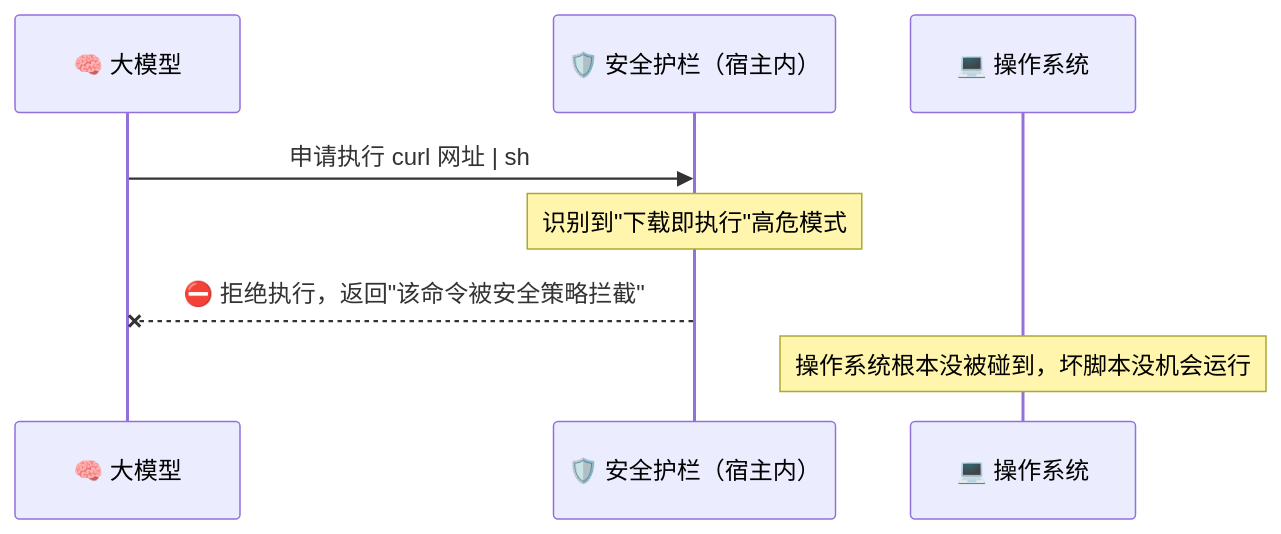
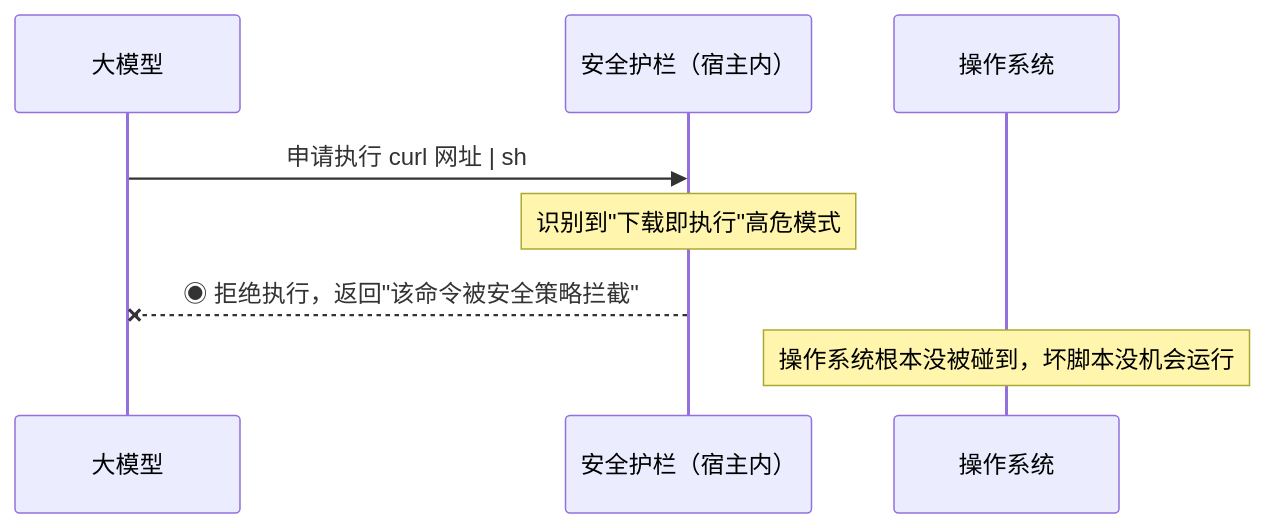
The fourth of 7 diagrams in docs/02_CONCEPTS_概念入门/CONCEPT/[CONCEPT-02] 什么是ToolCalling-工具调用.md (luckykhy/KhyAiHub), drawn with Mermaid before and after one commit. The commit also changed other lines of this file and 19 other files, not shown here.

````diff
--- a/docs/02_CONCEPTS_概念入门/CONCEPT/[CONCEPT-02] 什么是ToolCalling-工具调用.md
+++ b/docs/02_CONCEPTS_概念入门/CONCEPT/[CONCEPT-02] 什么是ToolCalling-工具调用.md
@@ -251,10 +251,10 @@
 ```mermaid
 sequenceDiagram
-  participant LLM as 🧠 大模型
-  participant Guard as 🛡️ 安全护栏（宿主内）
-  participant OS as 💻 操作系统
+  participant LLM as 大模型
+  participant Guard as 安全护栏（宿主内）
+  participant OS as 操作系统
   LLM->>Guard: 申请执行 curl 网址 | sh
   Note over Guard: 识别到"下载即执行"高危模式
-  Guard--xLLM: ⛔ 拒绝执行，返回"该命令被安全策略拦截"
+  Guard--xLLM: ◉ 拒绝执行，返回"该命令被安全策略拦截"
   Note over OS: 操作系统根本没被碰到，坏脚本没机会运行
 ```
````
